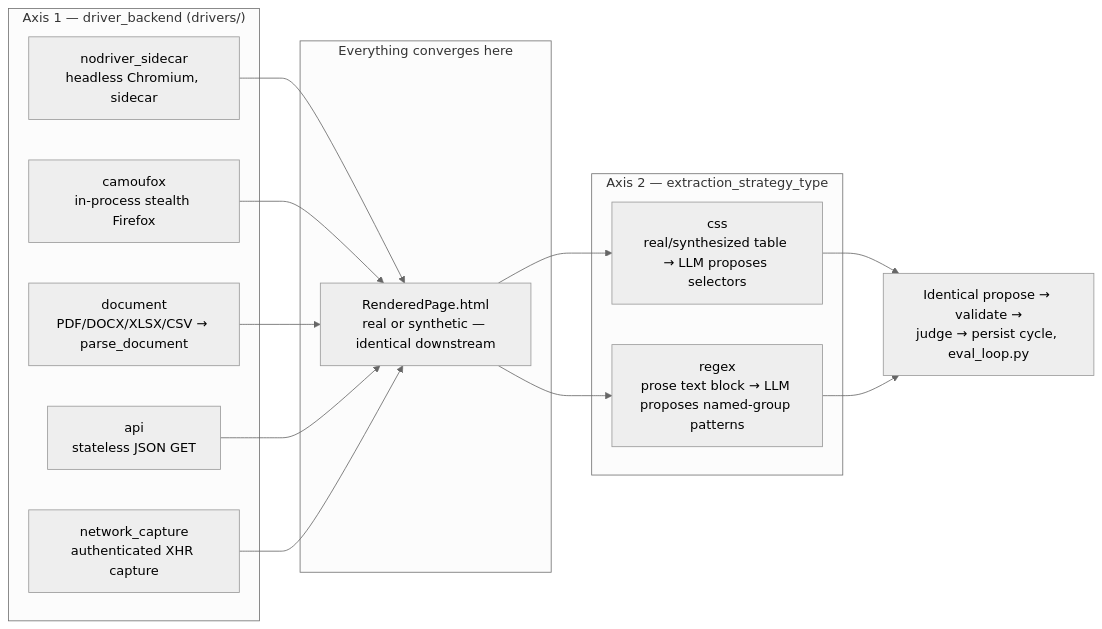
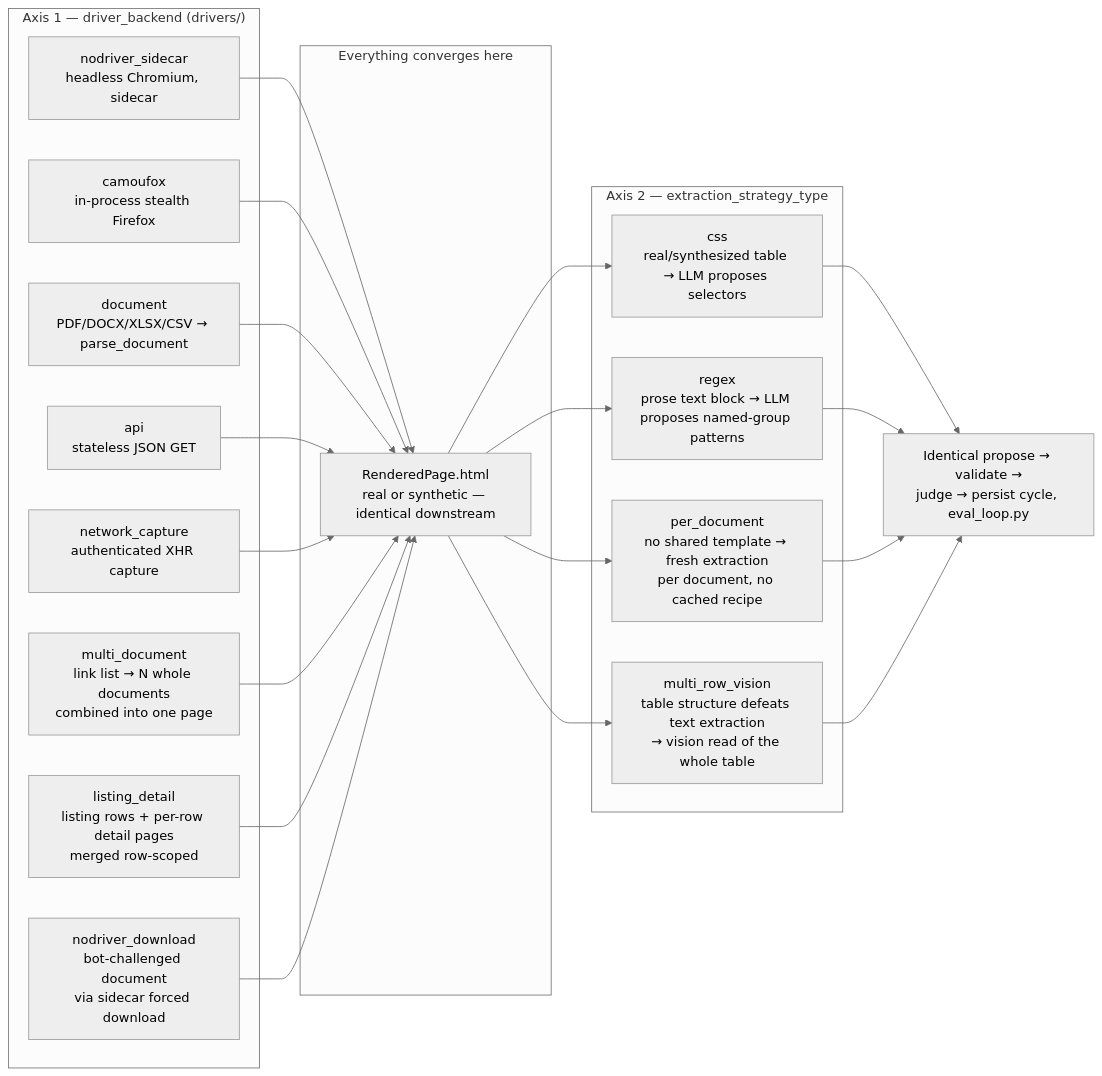
The second of 3 diagrams in packages/scrape/README.md (pacepace/3tears), drawn with Mermaid (neutral theme) before and after one commit. The commit also changed other lines of this file, not shown here.

````diff
--- a/packages/scrape/README.md
+++ b/packages/scrape/README.md
@@ -101,21 +104,28 @@
 ```mermaid
 flowchart LR
     subgraph Fetch["Axis 1 — driver_backend (drivers/)"]
         D1[nodriver_sidecar<br/>headless Chromium, sidecar]
         D2[camoufox<br/>in-process stealth Firefox]
         D3[document<br/>PDF/DOCX/XLSX/CSV → parse_document]
         D4[api<br/>stateless JSON GET]
         D5[network_capture<br/>authenticated XHR capture]
+        D6[multi_document<br/>link list → N whole documents<br/>combined into one page]
+        D7[listing_detail<br/>listing rows + per-row detail pages<br/>merged row-scoped]
+        D8[nodriver_download<br/>bot-challenged document<br/>via sidecar forced download]
     end
     subgraph Converge["Everything converges here"]
         R[RenderedPage.html<br/>real or synthetic — identical downstream]
     end
     subgraph Extract["Axis 2 — extraction_strategy_type"]
         S1[css<br/>real/synthesized table → LLM proposes selectors]
         S2[regex<br/>prose text block → LLM proposes named-group patterns]
+        S3[per_document<br/>no shared template → fresh extraction<br/>per document, no cached recipe]
+        S4[multi_row_vision<br/>table structure defeats text extraction<br/>→ vision read of the whole table]
     end
-    D1 & D2 & D3 & D4 & D5 --> R
+    D1 & D2 & D3 & D4 & D5 & D6 & D7 & D8 --> R
     R --> S1
     R --> S2
-    S1 & S2 --> J[Identical propose → validate →<br/>judge → persist cycle, eval_loop.py]
+    R --> S3
+    R --> S4
+    S1 & S2 & S3 & S4 --> J[Identical propose → validate →<br/>judge → persist cycle, eval_loop.py]
 ```
````
